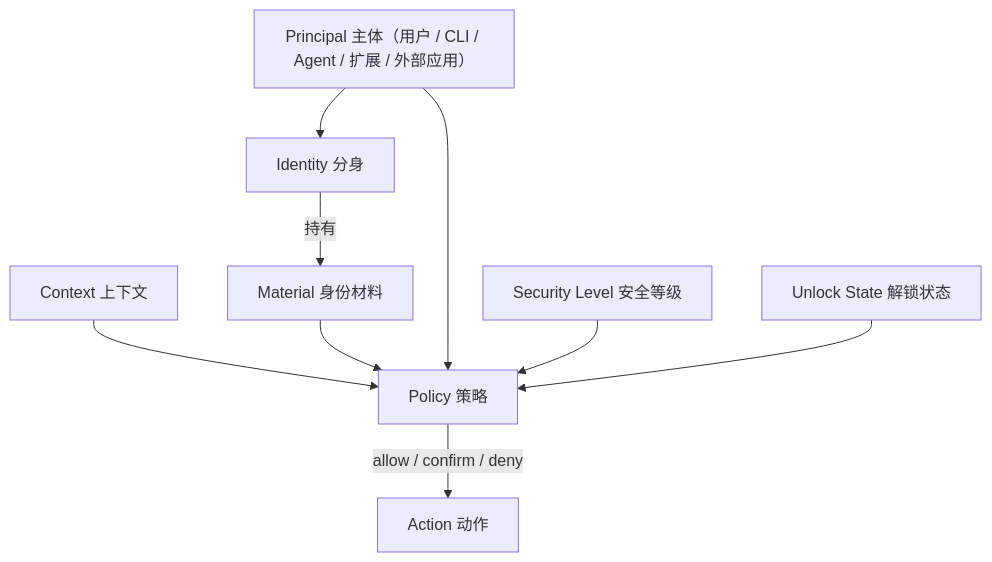
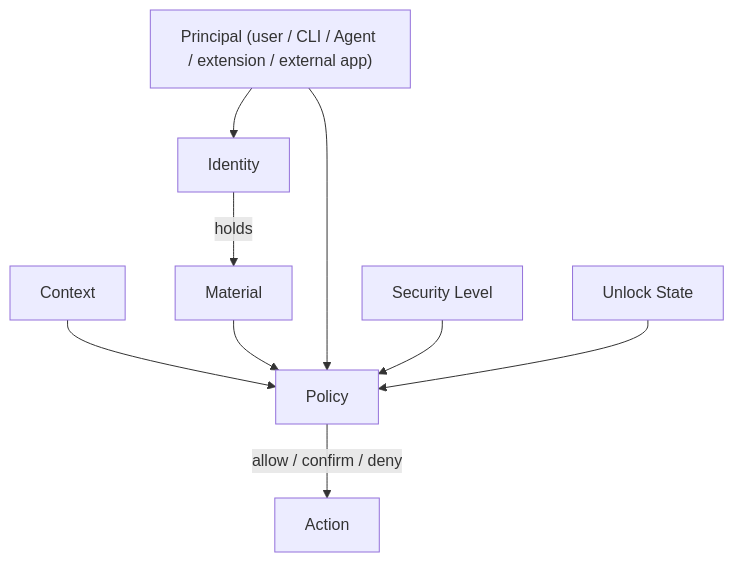
The second of 2 diagrams in docs/src/overview/architecture.md (cuihairu/persona), drawn with Mermaid before and after one commit. The commit also changed other lines of this file and 84 other files, not shown here.

````diff
--- a/docs/src/overview/architecture.md
+++ b/docs/src/overview/architecture.md
@@ -101,11 +134,11 @@
 ```mermaid
 flowchart TB
-    P["Principal 主体（用户 / CLI / Agent / 扩展 / 外部应用）"] --> I["Identity 分身"]
-    I -->|持有| M["Material 身份材料"]
-    C["Context 上下文"] --> POL["Policy 策略"]
+    P["Principal (user / CLI / Agent / extension / external app)"] --> I["Identity"]
+    I -->|holds| M["Material"]
+    C["Context"] --> POL["Policy"]
     M --> POL
     P --> POL
-    POL -->|allow / confirm / deny| A["Action 动作"]
-    SL["Security Level 安全等级"] --> POL
-    US["Unlock State 解锁状态"] --> POL
+    POL -->|allow / confirm / deny| A["Action"]
+    SL["Security Level"] --> POL
+    US["Unlock State"] --> POL
 ```
````
